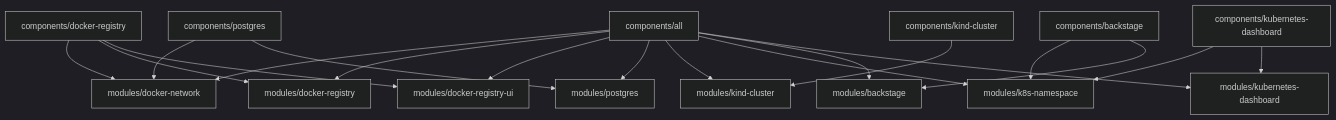
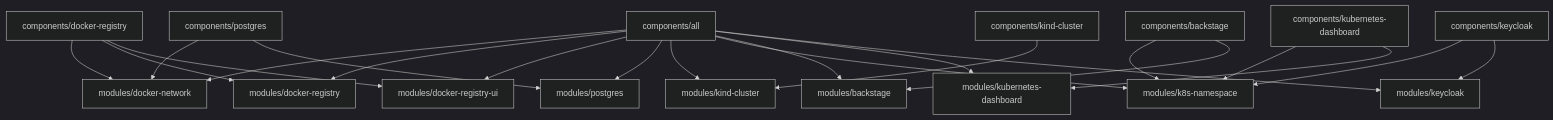
Before and after one commit to medimohammadise/elegant-infra-engine: the second of 3 diagrams in README.md, drawn with Mermaid (dark theme). The commit also changed other lines of this file and 17 other files, not shown here.

Commit message:
Add Keycloak Kubernetes component and module

````diff
--- a/README.md
+++ b/README.md
@@ -50,24 +53,27 @@
 ```mermaid
 flowchart TD
   All["components/all"] --> DockerNetwork["modules/docker-network"]
   All --> Registry["modules/docker-registry"]
   All --> RegistryUI["modules/docker-registry-ui"]
   All --> Postgres["modules/postgres"]
   All --> Kind["modules/kind-cluster"]
   All --> Namespace["modules/k8s-namespace"]
   All --> Backstage["modules/backstage"]
   All --> Dashboard["modules/kubernetes-dashboard"]
+  All --> Keycloak["modules/keycloak"]
 
   RegistryComponent["components/docker-registry"] --> DockerNetwork
   RegistryComponent --> Registry
   RegistryComponent --> RegistryUI
 
   PostgresComponent["components/postgres"] --> DockerNetwork
   PostgresComponent --> Postgres
 
   KindComponent["components/kind-cluster"] --> Kind
   BackstageComponent["components/backstage"] --> Namespace
   BackstageComponent --> Backstage
   DashboardComponent["components/kubernetes-dashboard"] --> Namespace
   DashboardComponent --> Dashboard
+  KeycloakComponent["components/keycloak"] --> Namespace
+  KeycloakComponent --> Keycloak
 ```
````
